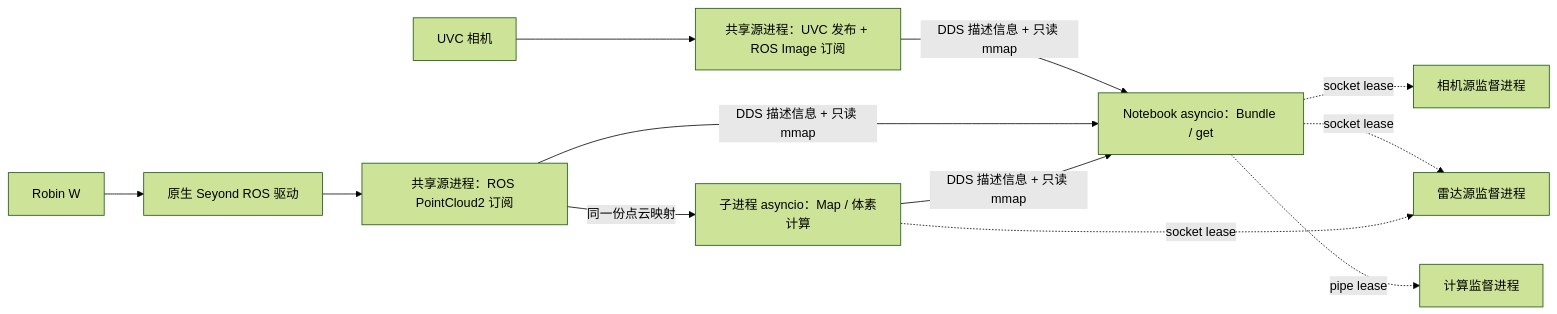
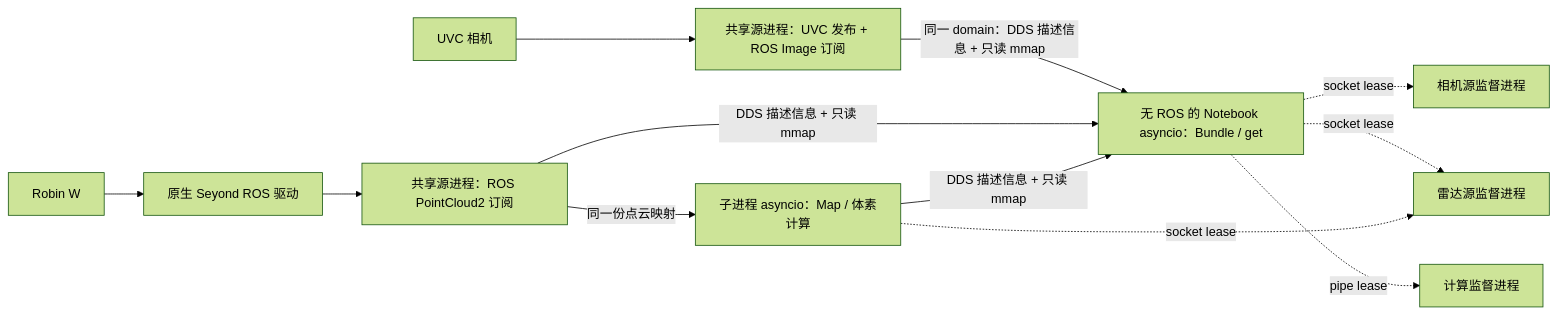
The diagram in docs/architecture.md (GrayFL/RSim), drawn with Mermaid (forest theme) before and after one commit. The commit also changed other lines of this file and 26 other files, not shown here.

````diff
--- a/docs/architecture.md
+++ b/docs/architecture.md
@@ -5,14 +5,14 @@
 ```mermaid
 flowchart LR
     CameraHW[UVC 相机] --> CameraSource[共享源进程：UVC 发布 + ROS Image 订阅]
     LidarHW[Robin W] --> Driver[原生 Seyond ROS 驱动]
     Driver --> LidarSource[共享源进程：ROS PointCloud2 订阅]
-    CameraSource -->|DDS 描述信息 + 只读 mmap| Main[Notebook asyncio：Bundle / get]
+    CameraSource -->|同一 domain：DDS 描述信息 + 只读 mmap| Main[无 ROS 的 Notebook asyncio：Bundle / get]
     LidarSource -->|DDS 描述信息 + 只读 mmap| Main
     LidarSource -->|同一份点云映射| Compute[子进程 asyncio：Map / 体素计算]
     Compute -->|DDS 描述信息 + 只读 mmap| Main
     Main -.socket lease.-> CameraGuard[相机源监督进程]
     Main -.socket lease.-> LidarGuard[雷达源监督进程]
     Compute -.socket lease.-> LidarGuard
     Main -.pipe lease.-> ComputeGuard[计算监督进程]
 ```
````
